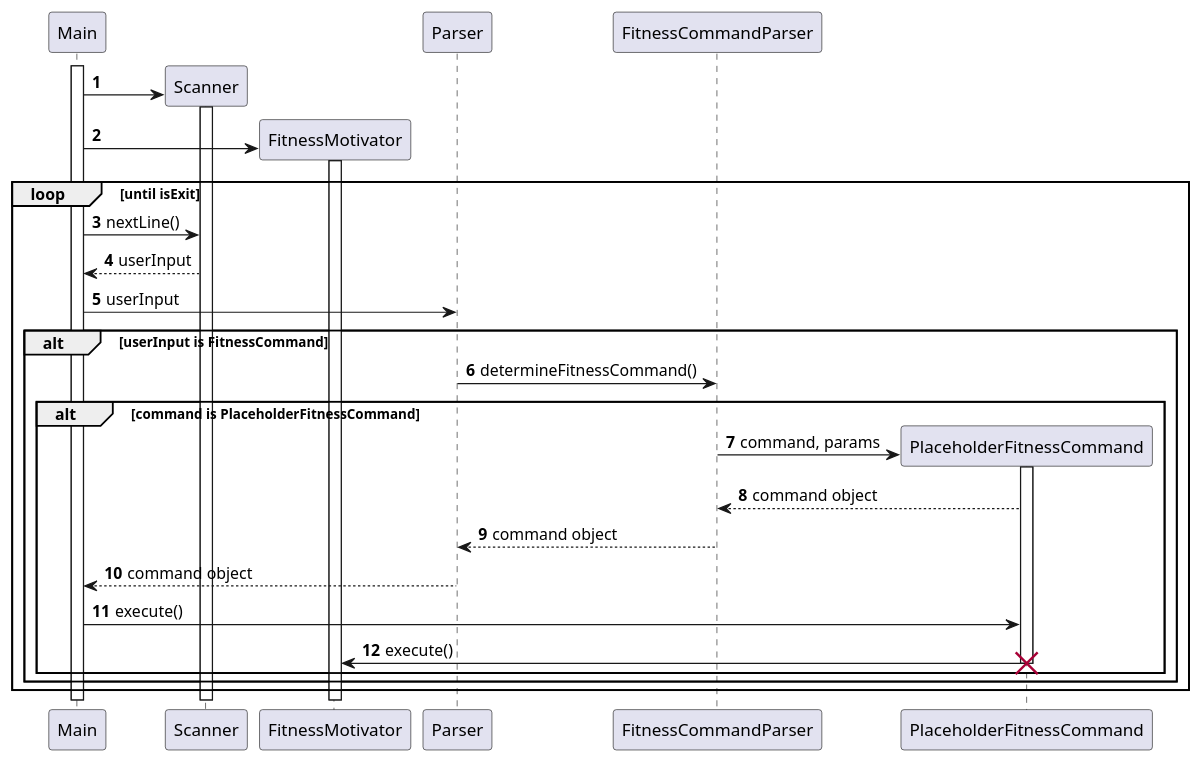
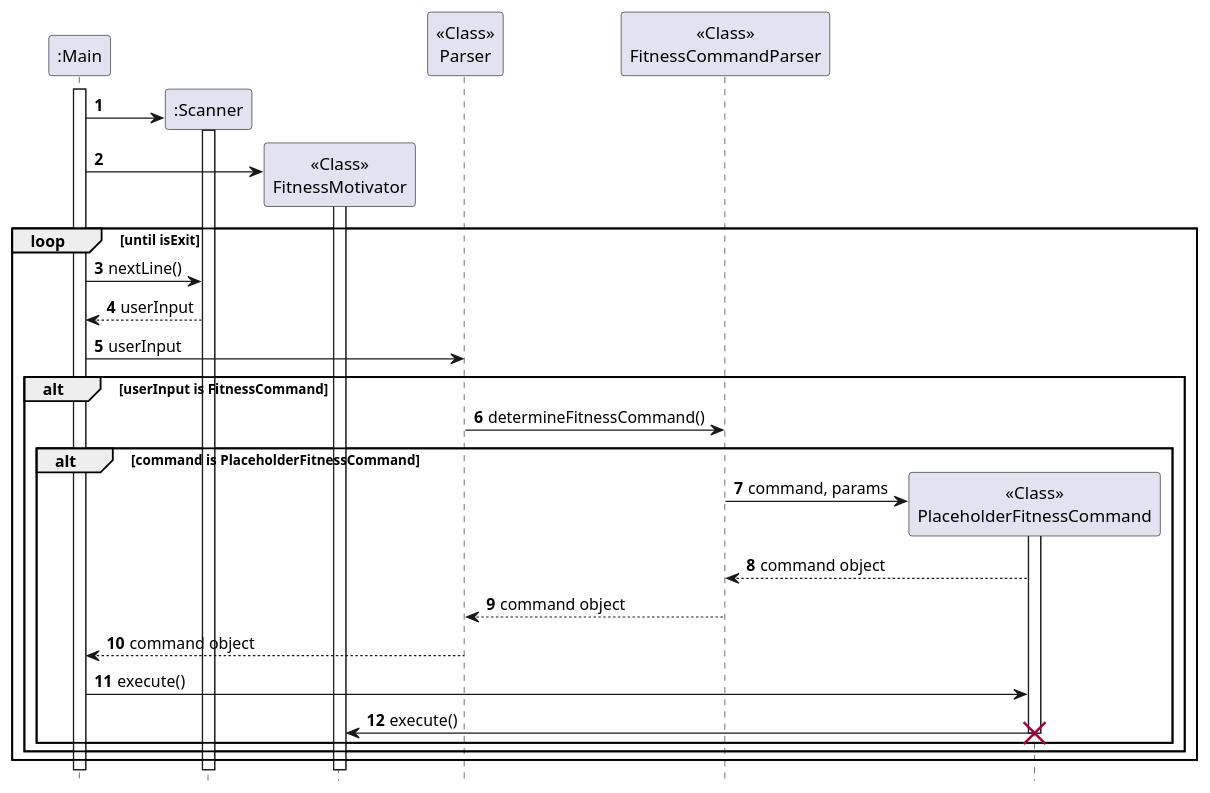
One commit to AY2324S2-CS2113-T11-1/tp changed the diagram in docs/diagrams/fitness/FitnessSequenceDiagram.puml. Above: the diagram before and after it, drawn with PlantUML. The commit also changed 3 other files, not shown here.

Commit message:
Update Fitness And UI Sequence Diagrams

```diff
--- a/docs/diagrams/fitness/FitnessSequenceDiagram.puml
+++ b/docs/diagrams/fitness/FitnessSequenceDiagram.puml
@@ -1,43 +1,45 @@
 @startuml
 
 autonumber
 
-participant Main
-participant Scanner
-participant FitnessMotivator
-participant Parser
-participant FitnessCommandParser
-participant PlaceholderFitnessCommand
+participant ":Main" as Main
+participant ":Scanner" as Scanner
+participant "<<Class>>\nFitnessMotivator" as FitnessMotivator
+participant "<<Class>>\nParser" as Parser
+participant "<<Class>>\nFitnessCommandParser" as FitnessCommandParser
+participant "<<Class>>\nPlaceholderFitnessCommand" as PlaceholderFitnessCommand
+
+hide footbox
 
 activate Main
 
 create Scanner
 Main -> Scanner
 activate Scanner
 
 create FitnessMotivator
 Main -> FitnessMotivator
 activate FitnessMotivator
 
 loop until isExit
 
     Main -> Scanner: nextLine()
     Scanner --> Main: userInput
     Main -> Parser: userInput
     alt userInput is FitnessCommand
         Parser -> FitnessCommandParser: determineFitnessCommand()
         alt command is PlaceholderFitnessCommand
             create PlaceholderFitnessCommand
             FitnessCommandParser -> PlaceholderFitnessCommand: command, params
             activate PlaceholderFitnessCommand
             PlaceholderFitnessCommand --> FitnessCommandParser: command object
             FitnessCommandParser --> Parser: command object
             Parser --> Main: command object
             Main -> PlaceholderFitnessCommand: execute()
             PlaceholderFitnessCommand -> FitnessMotivator: execute()
             destroy PlaceholderFitnessCommand
         end
     end
 end
 
 @enduml
```
